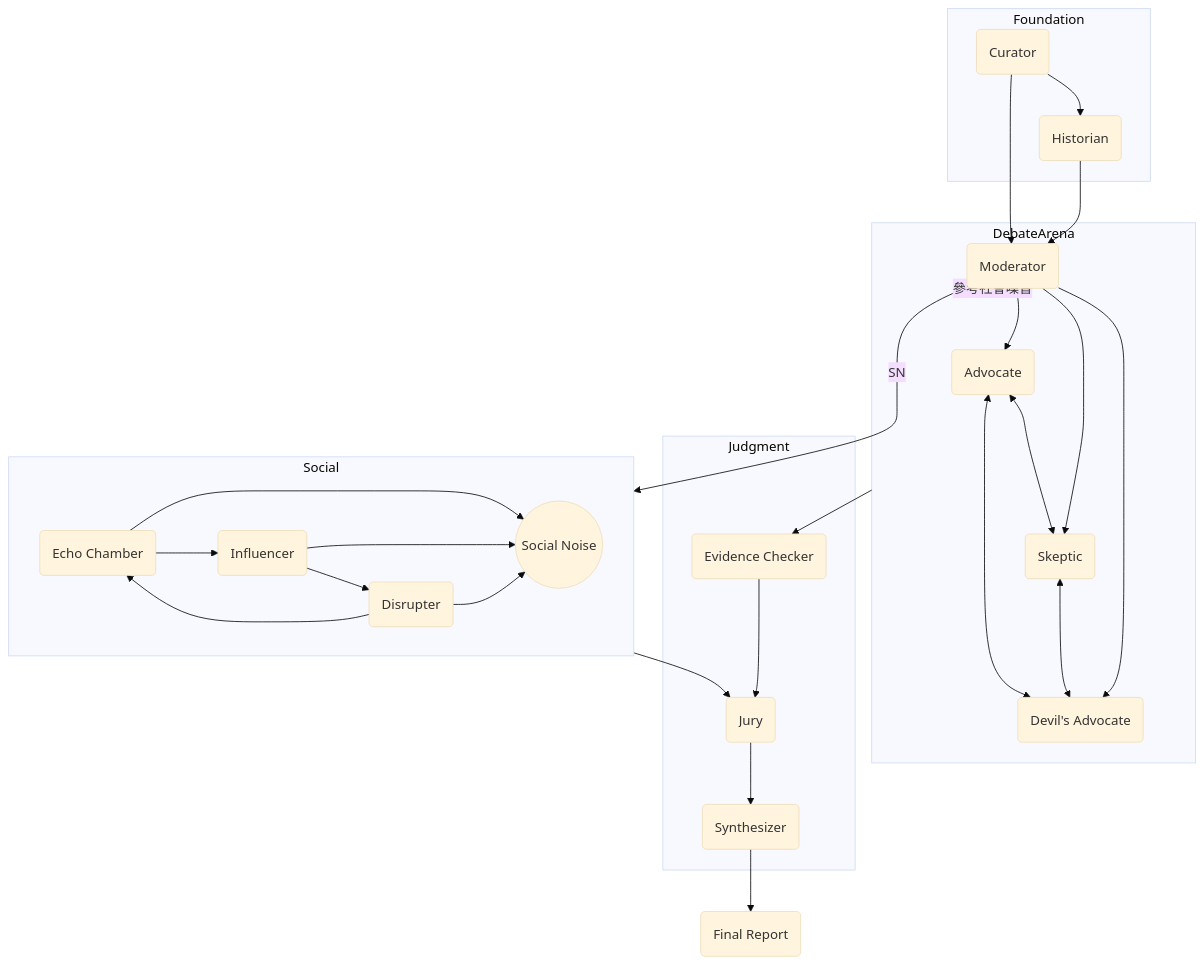
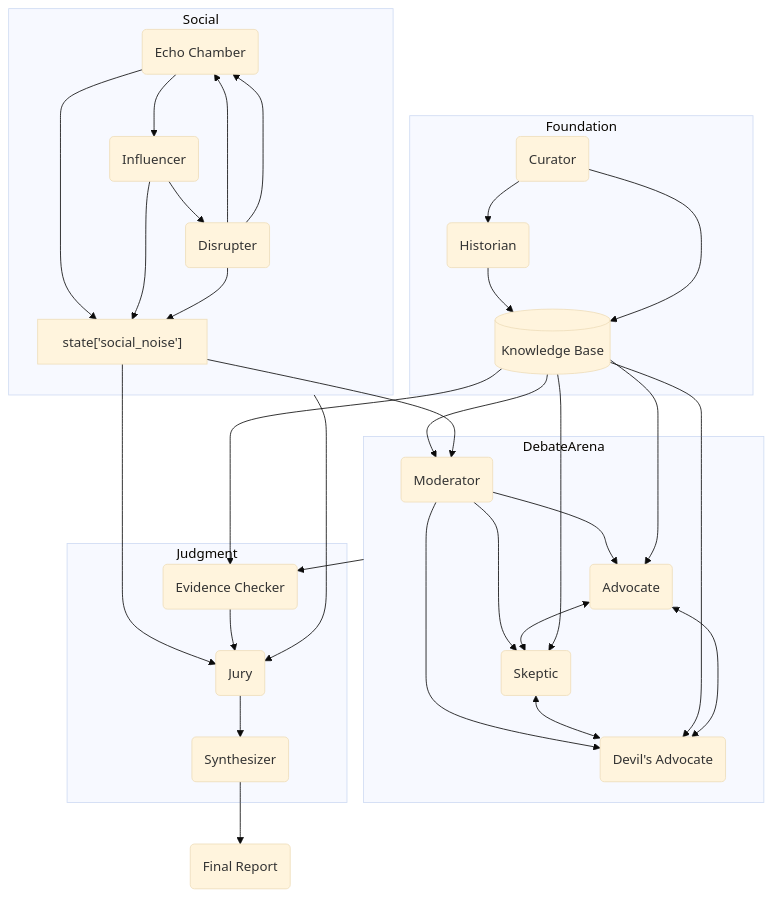
One commit to Grasonyang/Agent-Judge changed the diagram in architecture.md. Above: the diagram before and after it, drawn with Mermaid (base theme).

Commit message:
fixing: architectrue

````diff
--- a/architecture.md
+++ b/architecture.md
@@ -49,43 +49,58 @@
 ```mermaid
 flowchart TB
   subgraph Foundation
     C(Curator)
     H(Historian)
+    KB[(Knowledge Base)]
   end
+
   subgraph DebateArena
     M(Moderator)
     A(Advocate)
     S(Skeptic)
     Dv(Devil's Advocate)
   end
+
   subgraph Social
     EC(Echo Chamber)
     INF(Influencer)
     DIS(Disrupter)
-    SN((Social Noise))
+    SN["state['social_noise']"]
   end
+
   subgraph Judgment
     E(Evidence Checker)
     J(Jury)
     SY(Synthesizer)
   end
+
   OUT(Final Report)
 
-  C --> H --> M
-  C --> M
+  %% Foundation
+  C --> H --> KB
+  C --> KB
+  KB --> M
+
+  %% Debate Arena
   M --> A & S & Dv
   A <--> S
   S <--> Dv
   Dv <--> A
 
-  M <-- SN --> Social
+  %% Social Dynamics
   EC --> INF --> DIS --> EC
   EC --> SN
   INF --> SN
   DIS --> SN
+  DIS --> EC
+  SN --> M
+  SN --> J
 
-  M -.參考社會噪音.-> DebateArena
-
+  %% Judgment
   DebateArena --> E --> J --> SY --> OUT
   Social --> J
+
+  %% KB reference
+  KB --> A & S & Dv & E
+
 ```
````
